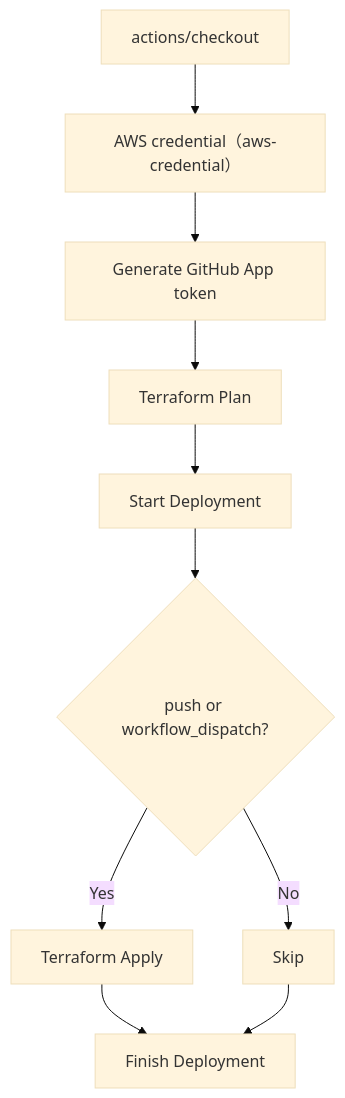
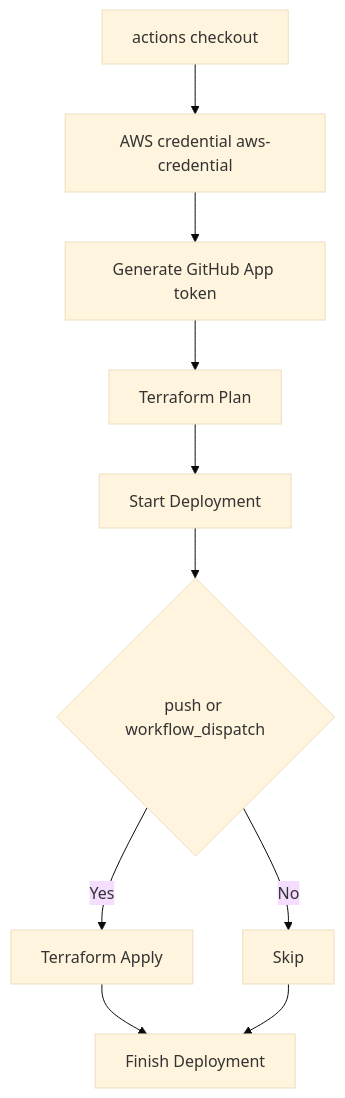
Before and after one commit to tqer39/terraform-github: the first of 2 diagrams in README.md, drawn with Mermaid (base theme). The commit also changed 1 other file, not shown here.

Commit message:
README.mdとREADME.ja.mdの処理フローにおける表記を統一し、視覚的な一貫性を向上させました。

````diff
--- a/README.md
+++ b/README.md
@@ -15,12 +15,12 @@
 ```mermaid
 graph TD
-  A[actions/checkout] --> B[AWS credential（aws-credential）]
+  A[actions checkout] --> B[AWS credential aws-credential]
   B --> C[Generate GitHub App token]
   C --> D[Terraform Plan]
   D --> E[Start Deployment]
-  E --> F{push or workflow_dispatch?}
+  E --> F{push or workflow_dispatch}
   F -- Yes --> G[Terraform Apply]
   F -- No --> H[Skip]
   G --> I[Finish Deployment]
   H --> I
 ```
````
